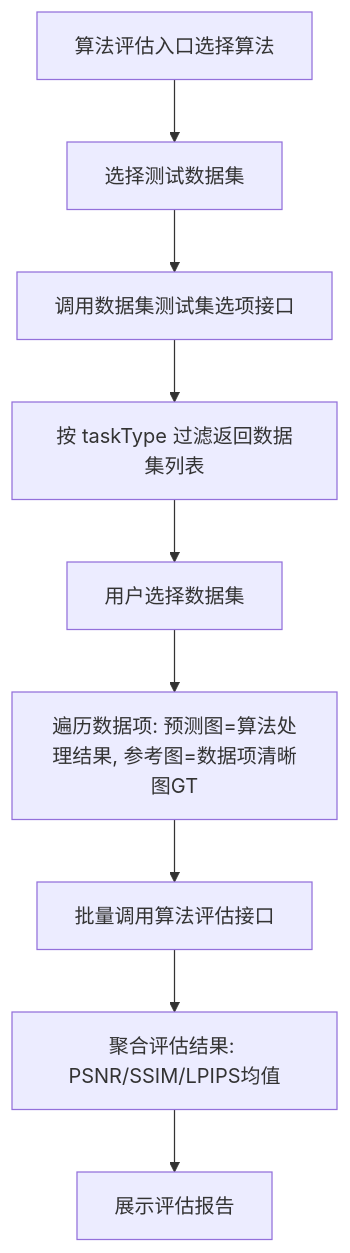
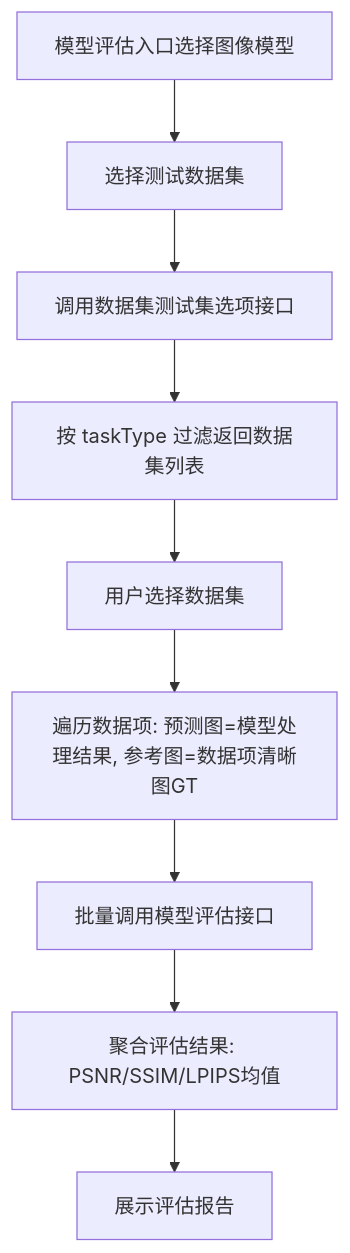
The second of 2 diagrams in dehaze-doc/docs/03-模块设计/核心模块/数据集管理/需求规格.md (earthy-zinc/dehaze-system), drawn with Mermaid before and after one commit. The commit also changed other lines of this file and 239 other files, not shown here.

````diff
--- a/dehaze-doc/docs/03-模块设计/核心模块/数据集管理/需求规格.md
+++ b/dehaze-doc/docs/03-模块设计/核心模块/数据集管理/需求规格.md
@@ -787,11 +801,11 @@
 ```mermaid
 graph TD
-    A[算法评估入口选择算法] --> B[选择测试数据集]
+    A[模型评估入口选择图像模型] --> B[选择测试数据集]
     B --> C[调用数据集测试集选项接口]
     C --> D[按 taskType 过滤返回数据集列表]
     D --> E[用户选择数据集]
-    E --> F[遍历数据项: 预测图=算法处理结果, 参考图=数据项清晰图GT]
-    F --> G[批量调用算法评估接口]
+    E --> F[遍历数据项: 预测图=模型处理结果, 参考图=数据项清晰图GT]
+    F --> G[批量调用模型评估接口]
     G --> H[聚合评估结果: PSNR/SSIM/LPIPS均值]
     H --> I[展示评估报告]
 ```
````
